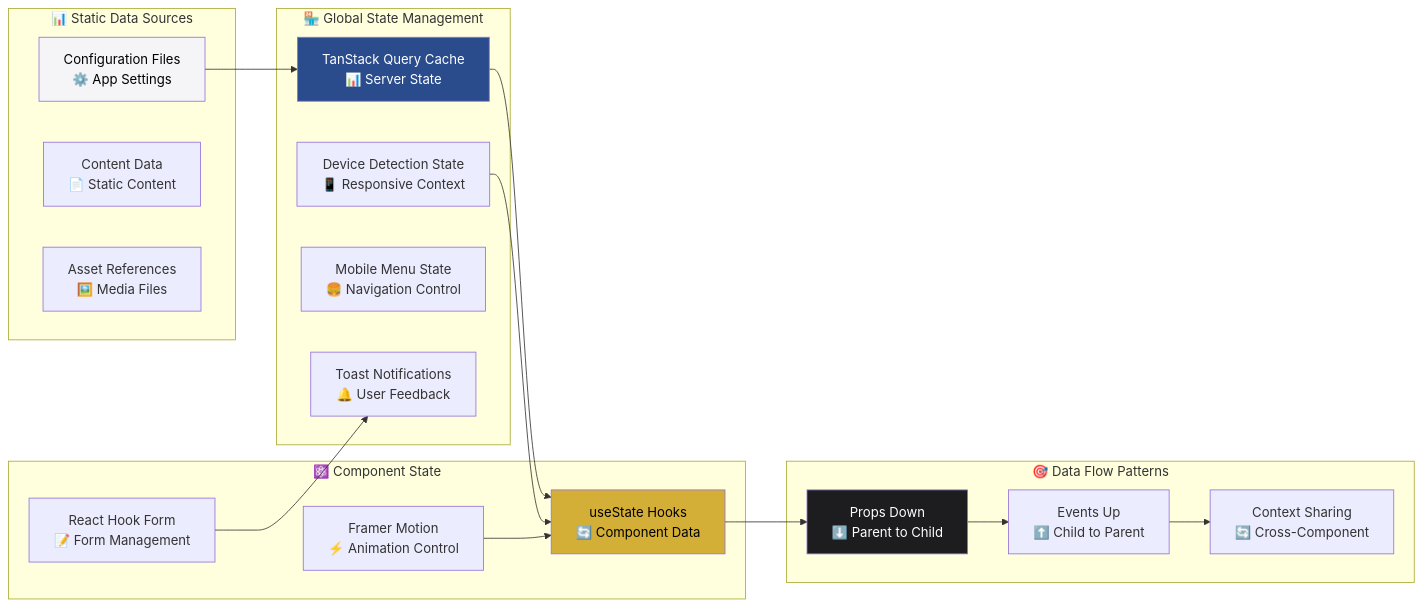
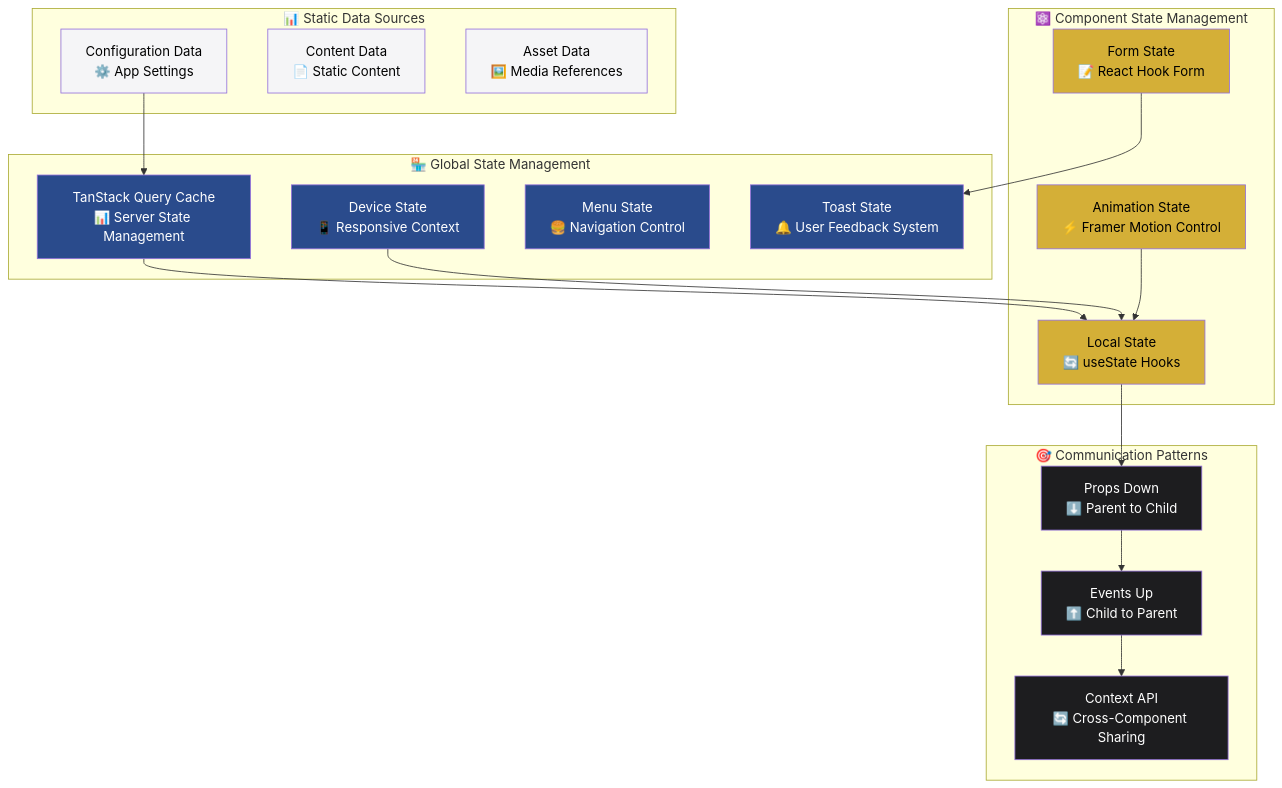
The second of 6 diagrams in README.md (walkerWesker/cuenca-asociados-portal), drawn with Mermaid before and after one commit. The commit also changed other lines of this file, not shown here.

````diff
--- a/README.md
+++ b/README.md
@@ -210,43 +301,48 @@
 ```mermaid
-graph LR
+graph TD
     subgraph "🏪 Global State Management"
-        QueryCache[TanStack Query Cache<br/>📊 Server State]
-        DeviceState[Device Detection State<br/>📱 Responsive Context]
-        MenuState[Mobile Menu State<br/>🍔 Navigation Control]
-        ToastState[Toast Notifications<br/>🔔 User Feedback]
+        QC[TanStack Query Cache<br/>📊 Server State Management]
+        DS[Device State<br/>📱 Responsive Context]
+        MS[Menu State<br/>🍔 Navigation Control]
+        TS[Toast State<br/>🔔 User Feedback System]
     end
     
-    subgraph "⚛️ Component State"
-        LocalState[useState Hooks<br/>🔄 Component Data]
-        FormState[React Hook Form<br/>📝 Form Management]
-        AnimationState[Framer Motion<br/>⚡ Animation Control]
+    subgraph "⚛️ Component State Management"
+        LS[Local State<br/>🔄 useState Hooks]
+        FS[Form State<br/>📝 React Hook Form]
+        AS[Animation State<br/>⚡ Framer Motion Control]
     end
     
     subgraph "📊 Static Data Sources"
-        ConfigData[Configuration Files<br/>⚙️ App Settings]
-        ContentData[Content Data<br/>📄 Static Content]
-        AssetData[Asset References<br/>🖼️ Media Files]
+        CD[Configuration Data<br/>⚙️ App Settings]
+        CTD[Content Data<br/>📄 Static Content]
+        AD[Asset Data<br/>🖼️ Media References]
     end
     
-    subgraph "🎯 Data Flow Patterns"
-        PropsDown[Props Down<br/>⬇️ Parent to Child]
-        EventsUp[Events Up<br/>⬆️ Child to Parent]
-        ContextAPI[Context Sharing<br/>🔄 Cross-Component]
+    subgraph "🎯 Communication Patterns"
+        PD[Props Down<br/>⬇️ Parent to Child]
+        EU[Events Up<br/>⬆️ Child to Parent]
+        CA[Context API<br/>🔄 Cross-Component Sharing]
     end
     
-    QueryCache --> LocalState
-    DeviceState --> LocalState
-    ConfigData --> QueryCache
+    QC --> LS
+    DS --> LS
+    CD --> QC
     
-    LocalState --> PropsDown
-    PropsDown --> EventsUp
-    EventsUp --> ContextAPI
+    LS --> PD
+    PD --> EU
+    EU --> CA
     
-    FormState --> ToastState
-    AnimationState --> LocalState
+    FS --> TS
+    AS --> LS
     
-    style QueryCache fill:#2A4B8C,color:#fff
-    style LocalState fill:#D4AF37,color:#000
-    style ConfigData fill:#F5F5F7,color:#000
-    style PropsDown fill:#1D1D1F,color:#fff
+    classDef globalState fill:#2A4B8C,color:#fff
+    classDef componentState fill:#D4AF37,color:#000
+    classDef dataSource fill:#F5F5F7,color:#000
+    classDef communication fill:#1D1D1F,color:#fff
+    
+    class QC,DS,MS,TS globalState
+    class LS,FS,AS componentState
+    class CD,CTD,AD dataSource
+    class PD,EU,CA communication
 ```
````
